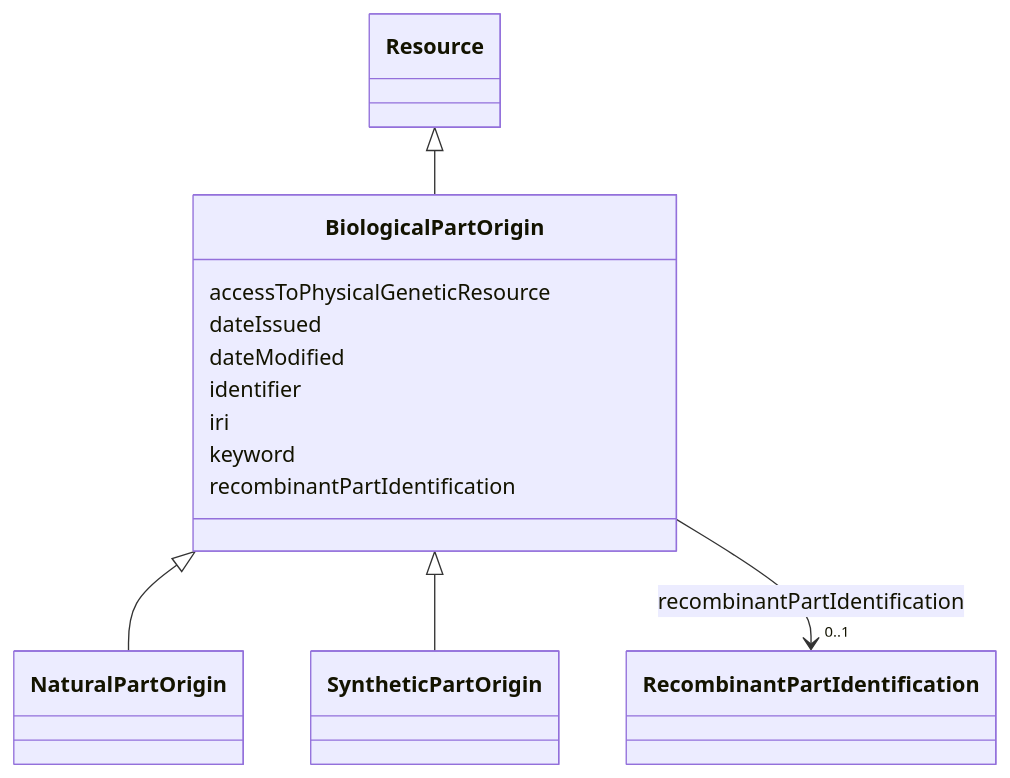
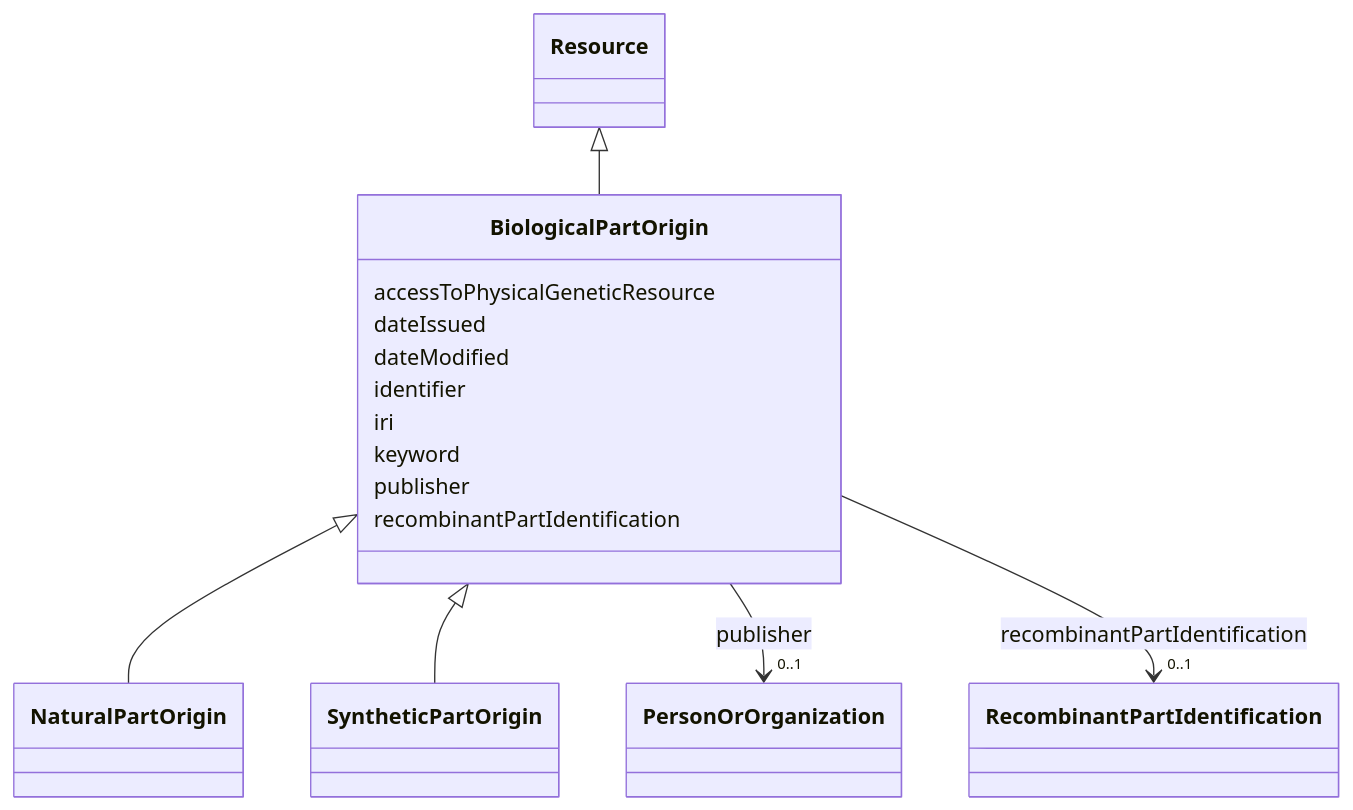
The diagram in models/docs/BiologicalPartOrigin.md (EVORA-project/evora-ontology), drawn with Mermaid before and after one commit. The commit also changed other lines of this file and 468 other files, not shown here.

````diff
--- a/models/docs/BiologicalPartOrigin.md
+++ b/models/docs/BiologicalPartOrigin.md
@@ -21,37 +21,46 @@
 ```mermaid
  classDiagram
     class BiologicalPartOrigin
     click BiologicalPartOrigin href "../BiologicalPartOrigin"
       Resource <|-- BiologicalPartOrigin
         click Resource href "../Resource"
       
 
       BiologicalPartOrigin <|-- NaturalPartOrigin
         click NaturalPartOrigin href "../NaturalPartOrigin"
       BiologicalPartOrigin <|-- SyntheticPartOrigin
         click SyntheticPartOrigin href "../SyntheticPartOrigin"
       
       
       BiologicalPartOrigin : accessToPhysicalGeneticResource
         
       BiologicalPartOrigin : dateIssued
         
       BiologicalPartOrigin : dateModified
         
       BiologicalPartOrigin : identifier
         
       BiologicalPartOrigin : iri
         
       BiologicalPartOrigin : keyword
         
+      BiologicalPartOrigin : publisher
+        
+          
+    
+    
+    BiologicalPartOrigin --> "0..1" PersonOrOrganization : publisher
+    click PersonOrOrganization href "../PersonOrOrganization"
+
+        
       BiologicalPartOrigin : recombinantPartIdentification
         
           
     
     
     BiologicalPartOrigin --> "0..1" RecombinantPartIdentification : recombinantPartIdentification
     click RecombinantPartIdentification href "../RecombinantPartIdentification"
 
         
       
 ```
````
